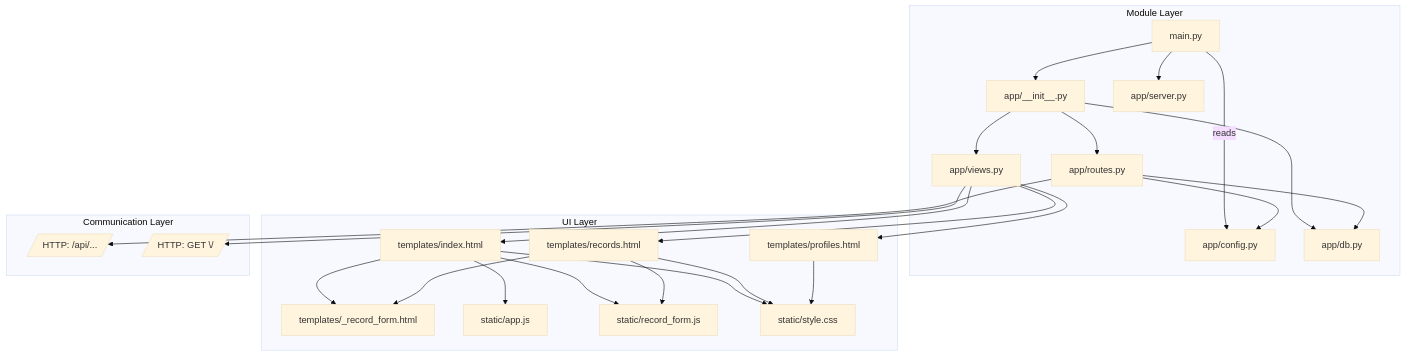
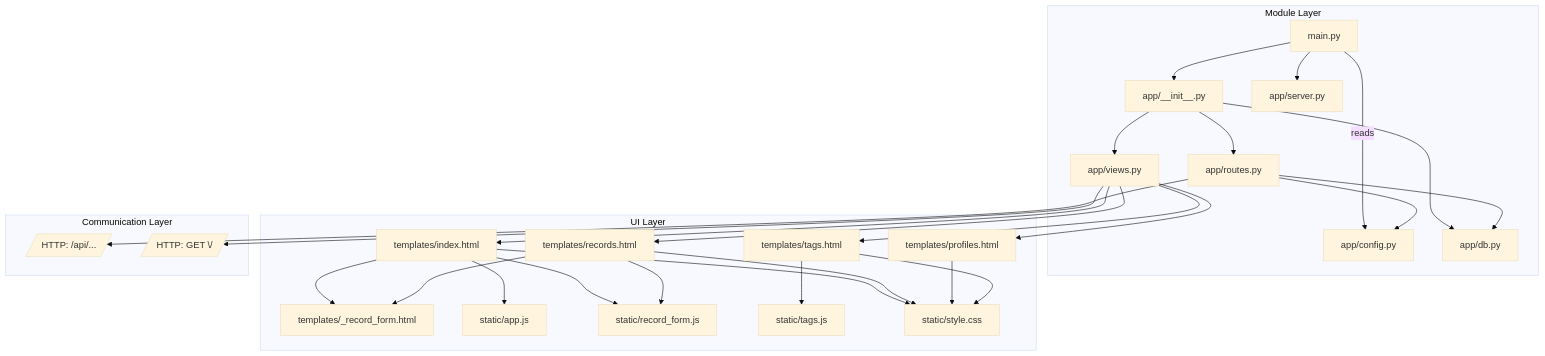
One commit to kittawat-thongpud/SSH_log_tools changed the diagram in docs/module-architecture.md. Above: the diagram before and after it, drawn with Mermaid (base theme). The commit also changed other lines of this file and 15 other files, not shown here.

````diff
--- a/docs/module-architecture.md
+++ b/docs/module-architecture.md
@@ -14,50 +14,55 @@
 ```mermaid
 graph TD
   subgraph Module Layer
     A[main.py]
     B[app/__init__.py]
     C[app/server.py]
     D[app/config.py]
     E[app/routes.py]
     F[app/views.py]
     G[app/db.py]
   end
 
   subgraph UI Layer
     T[templates/index.html]
     TP[templates/profiles.html]
     TR[templates/records.html]
+    TT[templates/tags.html]
     TF[templates/_record_form.html]
     S[static/app.js]
     RF[static/record_form.js]
+    TJ[static/tags.js]
     CSS[static/style.css]
   end
 
   A --> B
   A --> C
   A -->|reads| D
   B --> E
   B --> F
   B --> G
   E --> D
   E --> G
   F --> T
   F --> TP
   F --> TR
+  F --> TT
   T --> TF
   TR --> TF
   T --> S
   T --> RF
   T --> CSS
   TR --> RF
   TR --> CSS
   TP --> CSS
+  TT --> TJ
+  TT --> CSS
 
   subgraph Communication Layer
     API[/HTTP: /api/.../]
     WEB[/HTTP: GET \//]
   end
 
   E --> API
   F --> WEB
 ```
````
